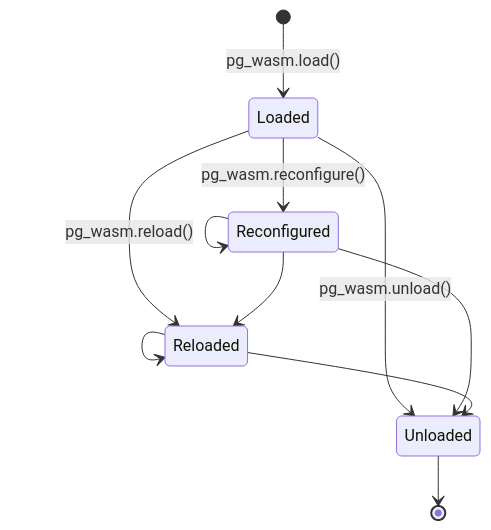
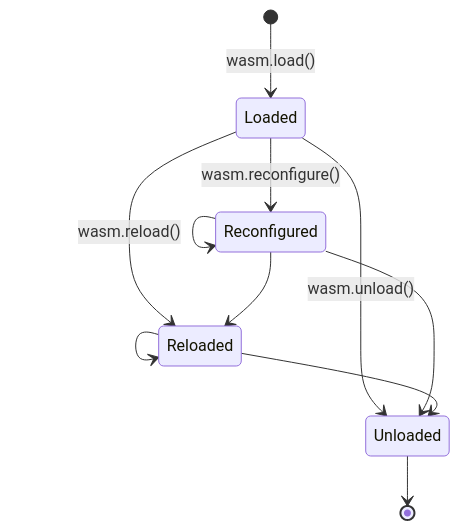
Before and after one commit to jnicholls/pg_wasm: the second of 3 diagrams in docs/architecture.md, drawn with Mermaid. The commit also changed other lines of this file and 5 other files, not shown here.

Commit message:
Complete pg_wasm plan architecture alignment

````diff
--- a/docs/architecture.md
+++ b/docs/architecture.md
@@ -236,13 +239,13 @@
 ```mermaid
 stateDiagram-v2
-  [*] --> Loaded: pg_wasm.load()
-  Loaded --> Reconfigured: pg_wasm.reconfigure()
+  [*] --> Loaded: wasm.load()
+  Loaded --> Reconfigured: wasm.reconfigure()
   Reconfigured --> Reconfigured
-  Loaded --> Reloaded: pg_wasm.reload()
+  Loaded --> Reloaded: wasm.reload()
   Reconfigured --> Reloaded
   Reloaded --> Reloaded
-  Loaded --> Unloaded: pg_wasm.unload()
+  Loaded --> Unloaded: wasm.unload()
   Reconfigured --> Unloaded
   Reloaded --> Unloaded
   Unloaded --> [*]
 ```
````
